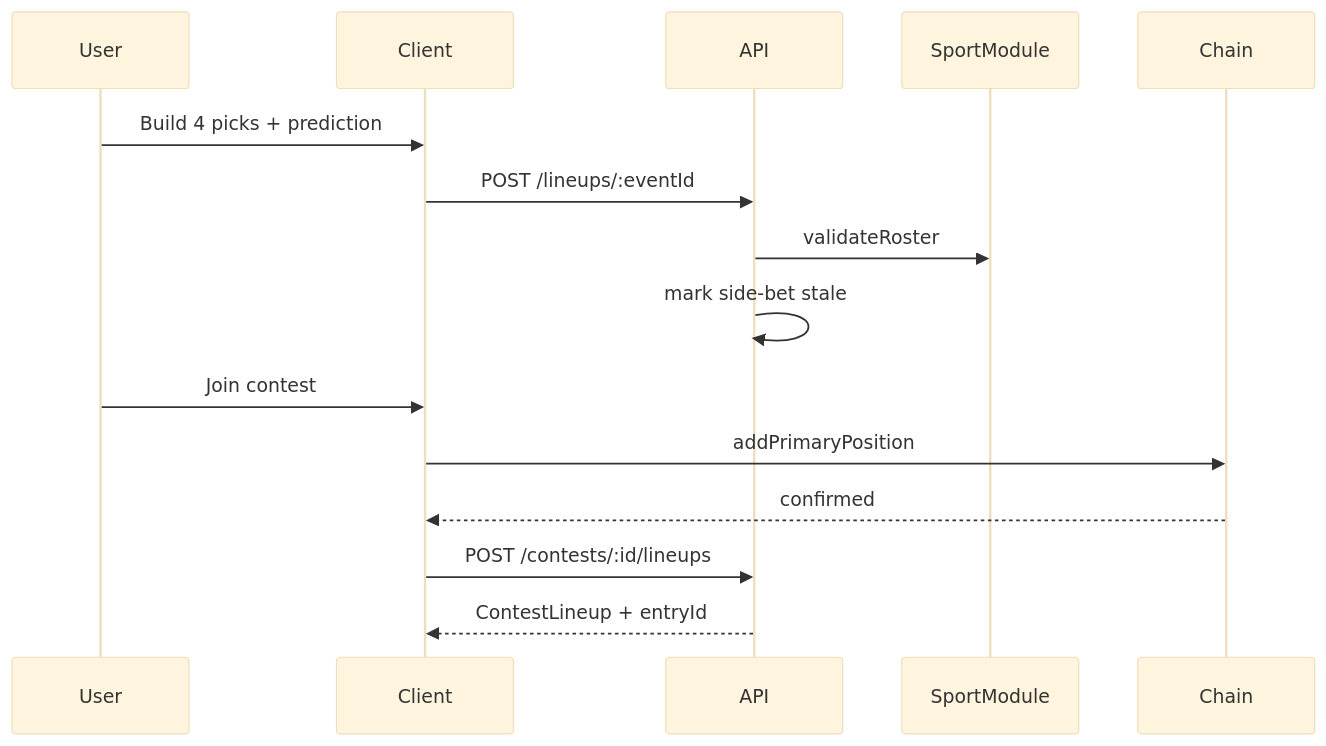
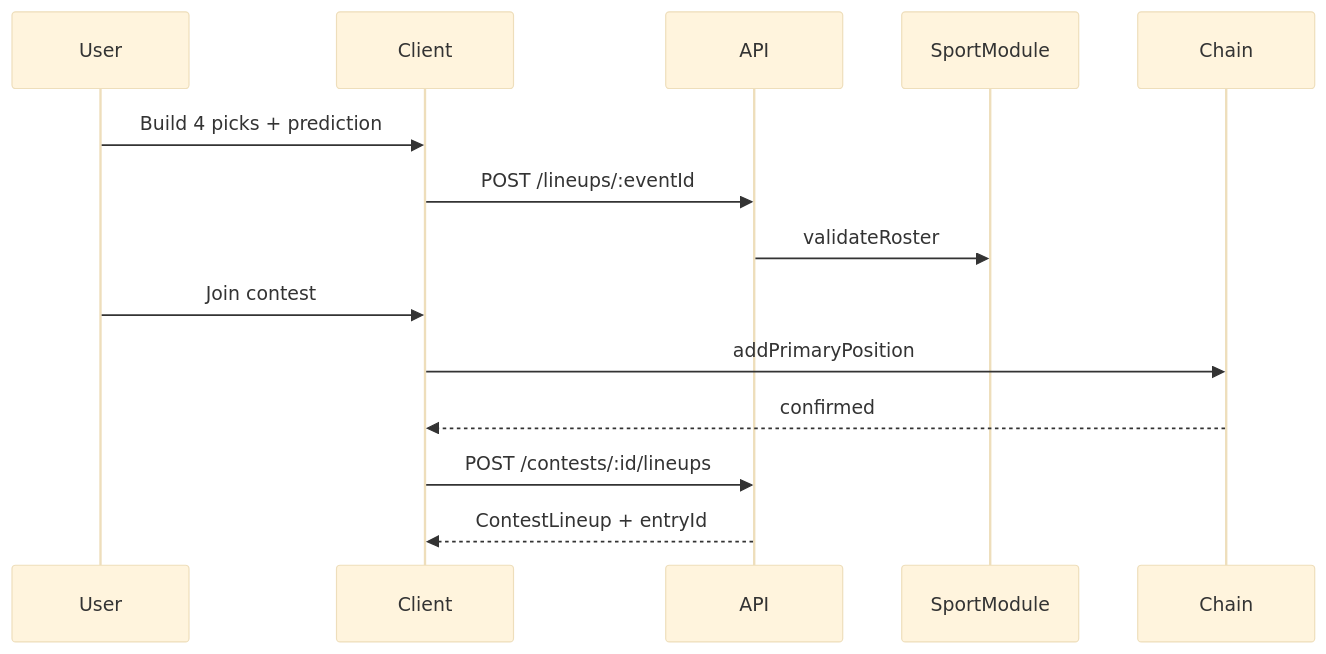
One commit to MagRelo/cut changed the fourth of 6 diagrams in spec/cross-layer.md. Above: the diagram before and after it, drawn with Mermaid (base theme). The commit also changed other lines of this file and 135 other files, not shown here.

First line of the commit message:
Refactor side bet components and remove related logic

````diff
--- a/spec/cross-layer.md
+++ b/spec/cross-layer.md
@@ -113,18 +113,17 @@
 ```mermaid
 sequenceDiagram
   participant User
   participant Client
   participant API
   participant Mod as SportModule
   participant Chain
 
   User->>Client: Build 4 picks + prediction
   Client->>API: POST /lineups/:eventId
   API->>Mod: validateRoster
-  API->>API: mark side-bet stale
   User->>Client: Join contest
   Client->>Chain: addPrimaryPosition
   Chain-->>Client: confirmed
   Client->>API: POST /contests/:id/lineups
   API-->>Client: ContestLineup + entryId
 ```
````
